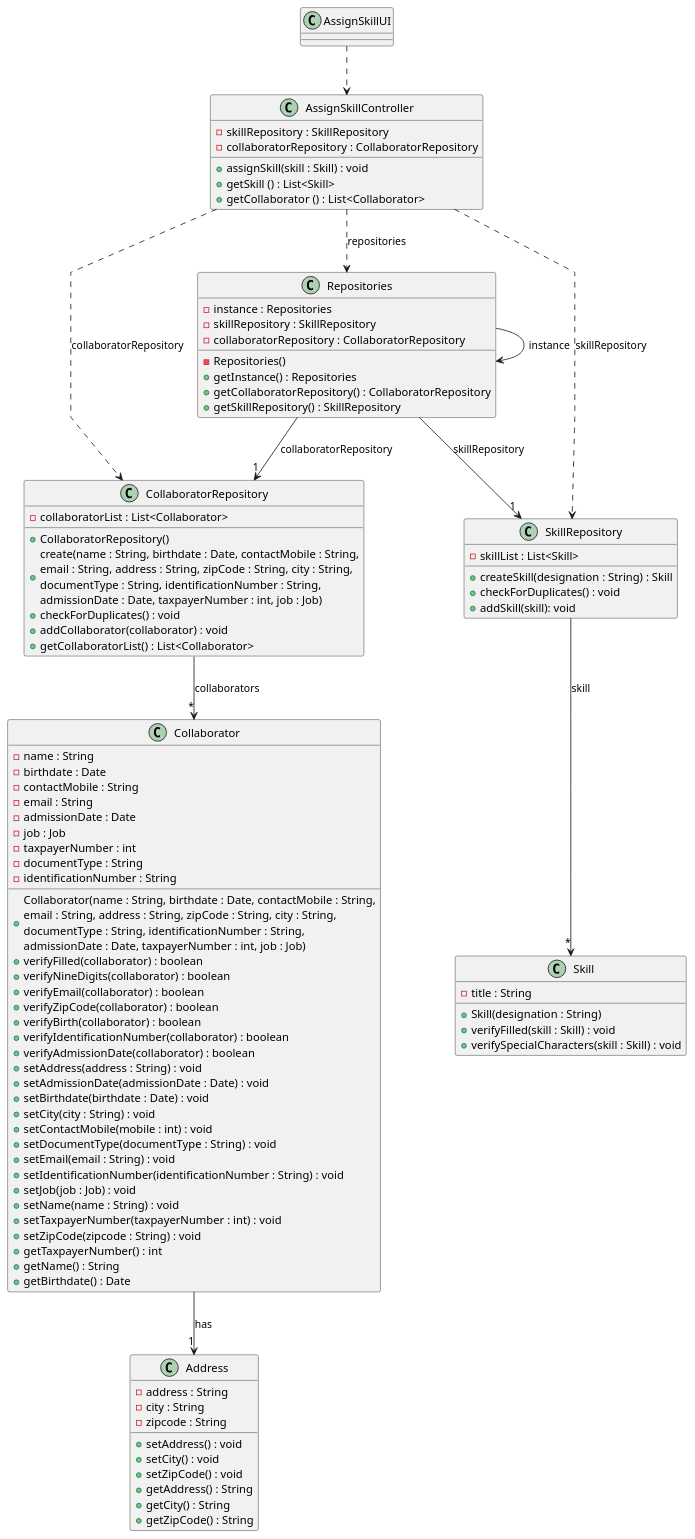
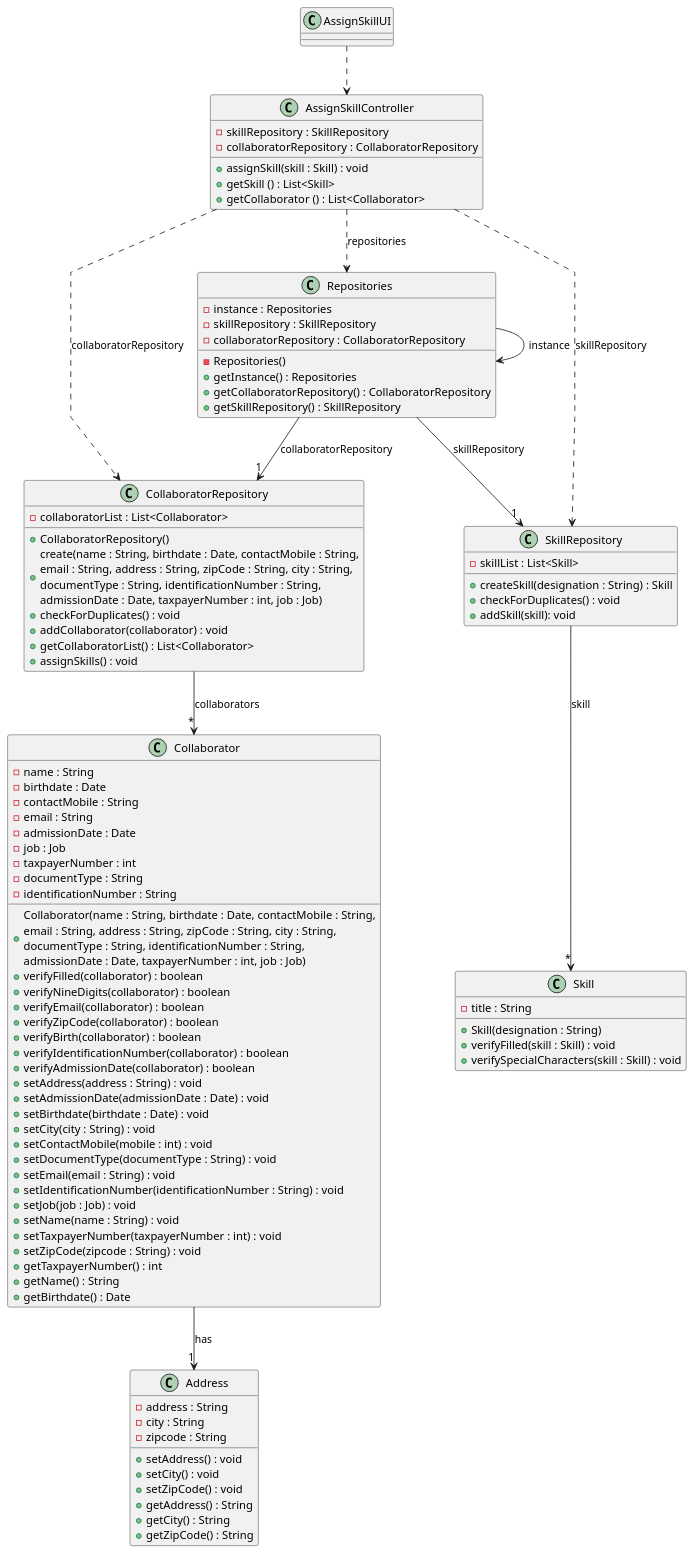
One commit to ricardomm7/leaflink changed the diagram in docs/sprintB/us004/03.design/puml/us004-class-diagram.puml. Above: the diagram before and after it, drawn with PlantUML. The commit also changed 7 other files, not shown here.

```diff
--- a/docs/sprintB/us004/03.design/puml/us004-class-diagram.puml
+++ b/docs/sprintB/us004/03.design/puml/us004-class-diagram.puml
@@ -1,109 +1,110 @@
 @startuml
 skinparam packageStyle rectangle
 skinparam shadowing false
 skinparam linetype polyline
 
 class AssignSkillUI {
 }
 
 class AssignSkillController {
     - skillRepository : SkillRepository
     - collaboratorRepository : CollaboratorRepository
     + assignSkill(skill : Skill) : void
     + getSkill () : List<Skill>
     + getCollaborator () : List<Collaborator>
 }
 
 class Repositories {
     - instance : Repositories
     - Repositories()
     -skillRepository : SkillRepository
     -collaboratorRepository : CollaboratorRepository
     + getInstance() : Repositories
     + getCollaboratorRepository() : CollaboratorRepository
     + getSkillRepository() : SkillRepository
 }
 
 class CollaboratorRepository {
     -collaboratorList : List<Collaborator>
     +CollaboratorRepository()
     + create(name : String, birthdate : Date, contactMobile : String,\nemail : String, address : String, zipCode : String, city : String,\ndocumentType : String, identificationNumber : String, \nadmissionDate : Date, taxpayerNumber : int, job : Job)
     + checkForDuplicates() : void
     + addCollaborator(collaborator) : void
     + getCollaboratorList() : List<Collaborator>
+    + assignSkills() : void
 }
 
 class SkillRepository {
      - skillList : List<Skill>
      + createSkill(designation : String) : Skill
      + checkForDuplicates() : void
      + addSkill(skill): void
 }
 
 class Collaborator {
     - name : String
     - birthdate : Date
     - contactMobile : String
     - email : String
     - admissionDate : Date
     - job : Job
     - taxpayerNumber : int
     + Collaborator(name : String, birthdate : Date, contactMobile : String,\nemail : String, address : String, zipCode : String, city : String,\ndocumentType : String, identificationNumber : String, \nadmissionDate : Date, taxpayerNumber : int, job : Job)
     + verifyFilled(collaborator) : boolean
     + verifyNineDigits(collaborator) : boolean
     + verifyEmail(collaborator) : boolean
     + verifyZipCode(collaborator) : boolean
     + verifyBirth(collaborator) : boolean
     + verifyIdentificationNumber(collaborator) : boolean
     + verifyAdmissionDate(collaborator) : boolean
     - documentType : String
     - identificationNumber : String
     +setAddress(address : String) : void
     +setAdmissionDate(admissionDate : Date) : void
     +setBirthdate(birthdate : Date) : void
     +setCity(city : String) : void
     +setContactMobile(mobile : int) : void
     +setDocumentType(documentType : String) : void
     +setEmail(email : String) : void
     +setIdentificationNumber(identificationNumber : String) : void
     +setJob(job : Job) : void
     +setName(name : String) : void
     +setTaxpayerNumber(taxpayerNumber : int) : void
     +setZipCode(zipcode : String) : void
     +getTaxpayerNumber() : int
     +getName() : String
     +getBirthdate() : Date
 }
 
 class Address {
     -address : String
     -city : String
     -zipcode : String
     +setAddress() : void
     +setCity() : void
     +setZipCode() : void
     +getAddress() : String
     +getCity() : String
     +getZipCode() : String
 }
 
 class Skill {
     - title : String
     + Skill(designation : String)
     + verifyFilled(skill : Skill) : void
     + verifySpecialCharacters(skill : Skill) : void
 }
 
 AssignSkillUI ..> AssignSkillController
 AssignSkillController ..> Repositories : repositories
 Repositories --> Repositories : instance
 Repositories --> "1" CollaboratorRepository : collaboratorRepository
 Repositories --> "1" SkillRepository : skillRepository
 AssignSkillController ..> CollaboratorRepository : collaboratorRepository
 AssignSkillController ..> SkillRepository : skillRepository
 CollaboratorRepository --> "*" Collaborator : collaborators
 SkillRepository --> "*" Skill : skill
 Collaborator --> "1" Address : has
 
 
 @enduml
```
